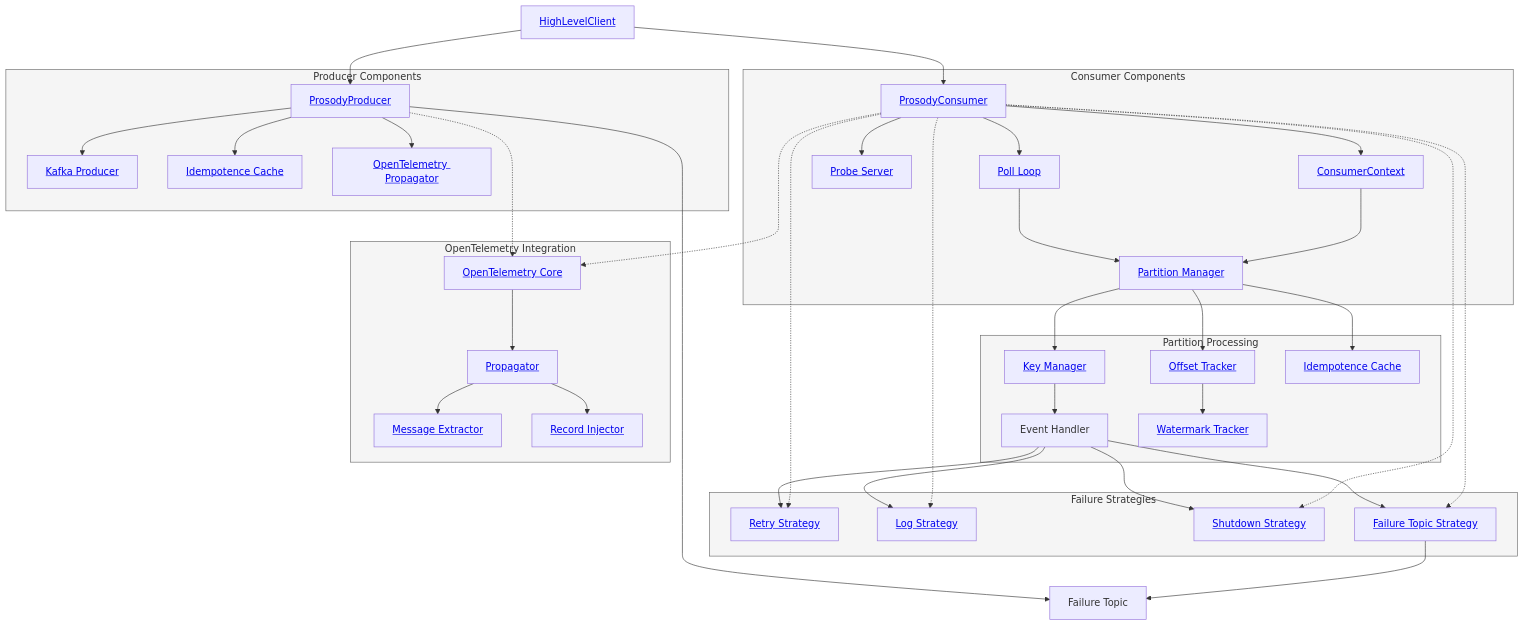
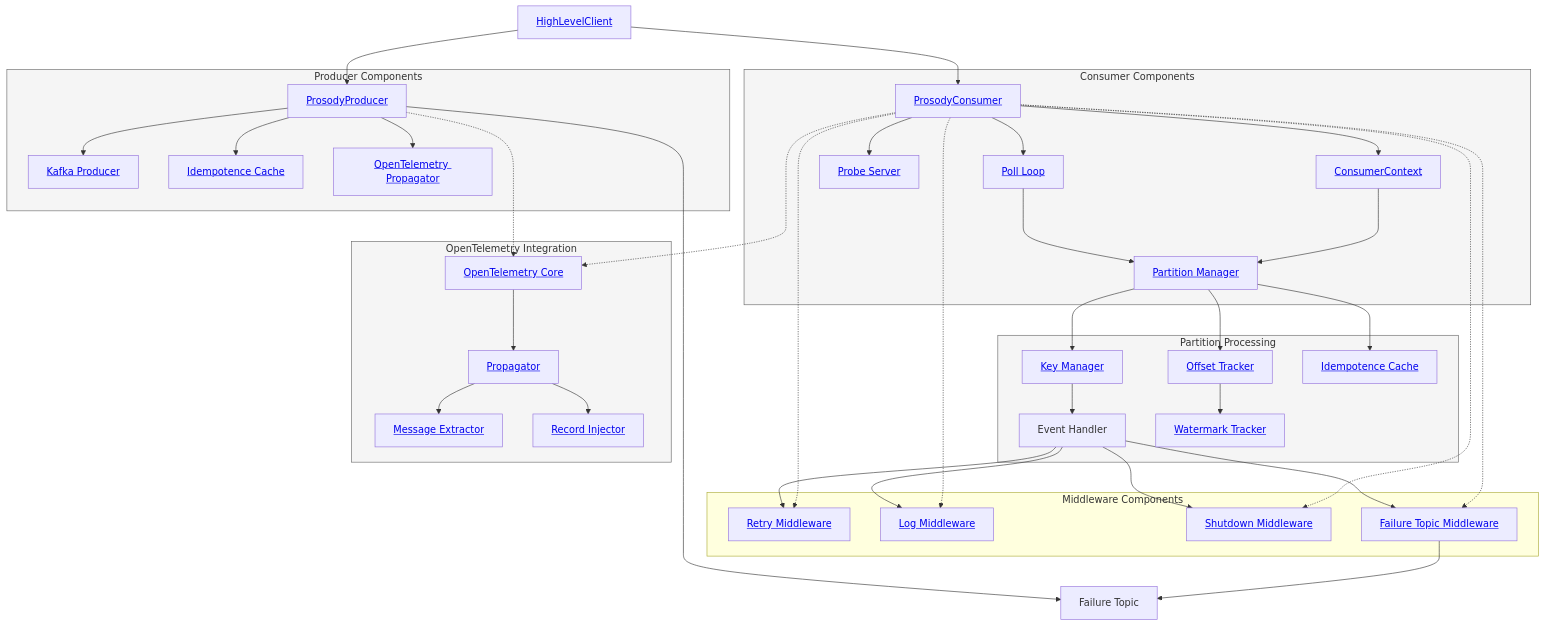
Before and after one commit to prosody-events/prosody: the third of 3 diagrams in README.md, drawn with Mermaid. The commit also changed 14 other files, not shown here.

Commit message:
refactor: generalize failure strategies to middleware

````diff
--- a/README.md
+++ b/README.md
@@ -474,62 +474,62 @@
 ```mermaid
 flowchart TD
     classDef subgraphStyle fill: #f5f5f5, stroke: #666
     HLC["<a href='https://github.com/cincpro/prosody/tree/main/src/high_level/mod.rs'>HighLevelClient</a>"] --> Producer["<a href='https://github.com/cincpro/prosody/tree/main/src/producer/mod.rs'>ProsodyProducer</a>"]
     HLC --> ConsumerMain["<a href='https://github.com/cincpro/prosody/tree/main/src/consumer/mod.rs'>ProsodyConsumer</a>"]
 
     subgraph ProducerComponents["Producer Components"]
         Producer --> KafkaProducer["<a href='https://github.com/cincpro/prosody/tree/main/src/producer/mod.rs'>Kafka Producer</a>"]
         Producer --> ICache["<a href='https://github.com/cincpro/prosody/tree/main/src/deduplication.rs'>Idempotence Cache</a>"]
         Producer --> PropP["<a href='https://github.com/cincpro/prosody/tree/main/src/propagator.rs'>OpenTelemetry Propagator</a>"]
     end
 
     subgraph ConsumerComponents["Consumer Components"]
         ConsumerMain --> Context["<a href='https://github.com/cincpro/prosody/tree/main/src/consumer/context.rs'>ConsumerContext</a>"]
         ConsumerMain --> PollLoop["<a href='https://github.com/cincpro/prosody/tree/main/src/consumer/poll.rs'>Poll Loop</a>"]
         ConsumerMain --> ProbeServer["<a href='https://github.com/cincpro/prosody/tree/main/src/consumer/probes.rs'>Probe Server</a>"]
         Context --> PMgr
         PollLoop --> PMgr
     end
 
     subgraph PartitionComponents["Partition Processing"]
         PMgr["<a href='https://github.com/cincpro/prosody/tree/main/src/consumer/partition/mod.rs'>Partition Manager</a>"] --> KeyMgr["<a href='https://github.com/cincpro/prosody/tree/main/src/consumer/partition/keyed/mod.rs'>Key Manager</a>"]
         PMgr --> OTracker["<a href='https://github.com/cincpro/prosody/tree/main/src/consumer/partition/offsets/mod.rs'>Offset Tracker</a>"]
         PMgr --> ICache2["<a href='https://github.com/cincpro/prosody/tree/main/src/deduplication.rs'>Idempotence Cache</a>"]
         KeyMgr --> EHandler["Event Handler"]
         OTracker --> WTracker["<a href='https://github.com/cincpro/prosody/tree/main/src/consumer/partition/offsets/mod.rs'>Watermark Tracker</a>"]
     end
 
-    subgraph FailureHandling["Failure Strategies"]
-        RetryS["<a href='https://github.com/cincpro/prosody/tree/main/src/consumer/failure/retry.rs'>Retry Strategy</a>"]
-        LogS["<a href='https://github.com/cincpro/prosody/tree/main/src/consumer/failure/log.rs'>Log Strategy</a>"]
-        ShutdownS["<a href='https://github.com/cincpro/prosody/tree/main/src/consumer/failure/shutdown.rs'>Shutdown Strategy</a>"]
-        TopicS["<a href='https://github.com/cincpro/prosody/tree/main/src/consumer/failure/topic.rs'>Failure Topic Strategy</a>"]
+    subgraph MiddlewareHandling["Middleware Components"]
+        RetryS["<a href='https://github.com/cincpro/prosody/tree/main/src/consumer/middleware/retry.rs'>Retry Middleware</a>"]
+        LogS["<a href='https://github.com/cincpro/prosody/tree/main/src/consumer/middleware/log.rs'>Log Middleware</a>"]
+        ShutdownS["<a href='https://github.com/cincpro/prosody/tree/main/src/consumer/middleware/shutdown.rs'>Shutdown Middleware</a>"]
+        TopicS["<a href='https://github.com/cincpro/prosody/tree/main/src/consumer/middleware/topic.rs'>Failure Topic Middleware</a>"]
     end
 
     ConsumerMain -..-> RetryS
     ConsumerMain -..-> LogS
     ConsumerMain -..-> ShutdownS
     ConsumerMain -..-> TopicS
     TopicS --> FTopic["Failure Topic"]
     Producer --> FTopic
 
     subgraph TracingSystem["OpenTelemetry Integration"]
         OTel["<a href='https://github.com/cincpro/prosody/tree/main/src/tracing.rs'>OpenTelemetry Core</a>"]
         Prop["<a href='https://github.com/cincpro/prosody/tree/main/src/propagator.rs'>Propagator</a>"]
         MExtract["<a href='https://github.com/cincpro/prosody/tree/main/src/consumer/extractor.rs'>Message Extractor</a>"]
         RInject["<a href='https://github.com/cincpro/prosody/tree/main/src/producer/injector.rs'>Record Injector</a>"]
         OTel --> Prop
         Prop --> MExtract
         Prop --> RInject
     end
 
     ConsumerMain -..-> OTel
     Producer -..-> OTel
 %% External edges
     EHandler --> RetryS
     EHandler --> LogS
     EHandler --> ShutdownS
     EHandler --> TopicS
 %% Styling
 class ProducerComponents,ConsumerComponents,PartitionComponents,FailureHandling,TracingSystem subgraphStyle
 ```
````
